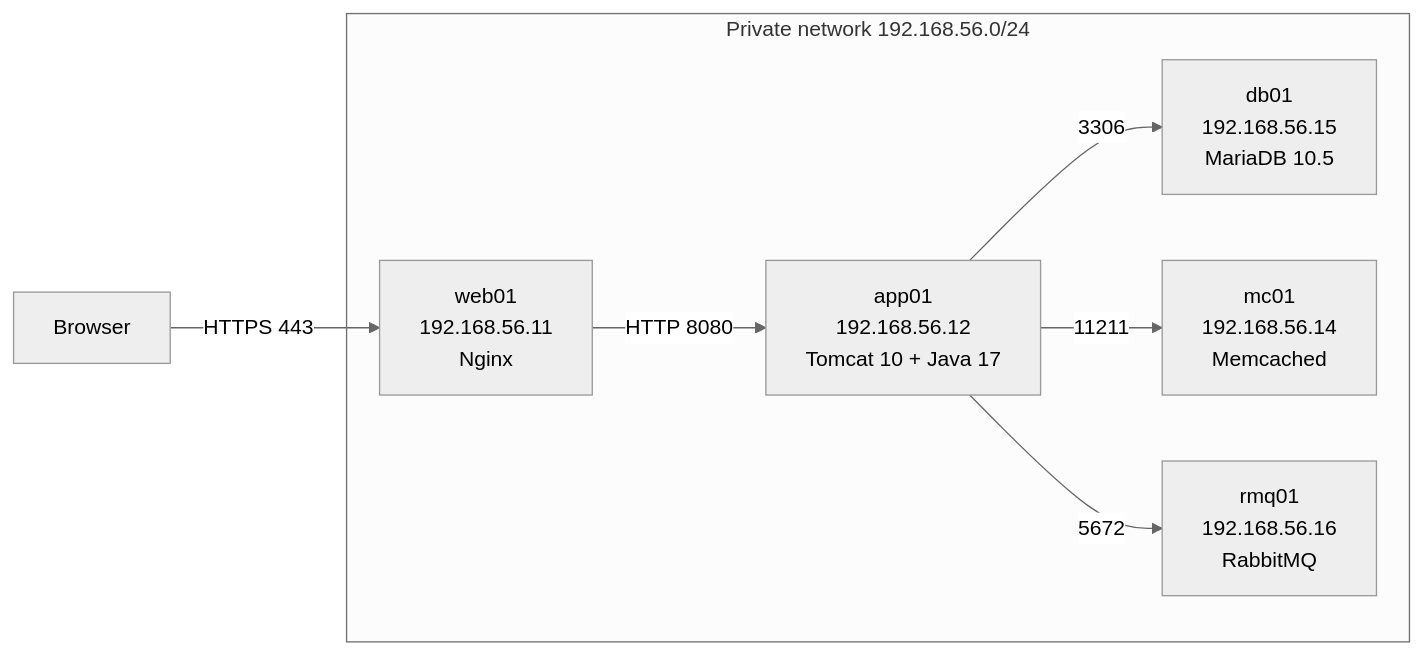
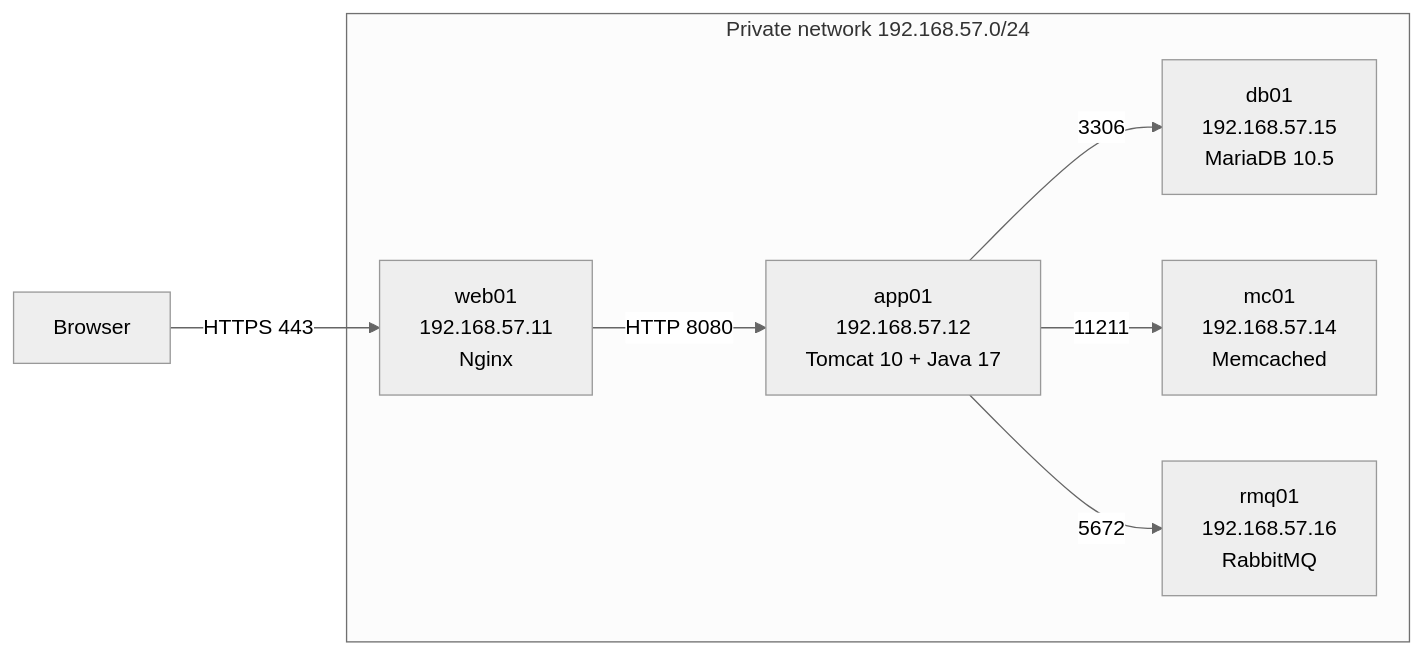
The diagram in README.md (alexiglesias/infralab-localdevstack), drawn with Mermaid (neutral theme) before and after one commit. The commit also changed other lines of this file and 15 other files, not shown here.

````diff
--- a/README.md
+++ b/README.md
@@ -39,17 +39,17 @@
 ```mermaid
 flowchart LR
-    User[Browser] -->|HTTPS 443| WEB[web01<br/>192.168.56.11<br/>Nginx]
-    WEB -->|HTTP 8080| APP[app01<br/>192.168.56.12<br/>Tomcat 10 + Java 17]
+    User[Browser] -->|HTTPS 443| WEB[web01<br/>192.168.57.11<br/>Nginx]
+    WEB -->|HTTP 8080| APP[app01<br/>192.168.57.12<br/>Tomcat 10 + Java 17]
 
-    APP -->|3306| DB[db01<br/>192.168.56.15<br/>MariaDB 10.5]
-    APP -->|11211| MC[mc01<br/>192.168.56.14<br/>Memcached]
-    APP -->|5672| RMQ[rmq01<br/>192.168.56.16<br/>RabbitMQ]
+    APP -->|3306| DB[db01<br/>192.168.57.15<br/>MariaDB 10.5]
+    APP -->|11211| MC[mc01<br/>192.168.57.14<br/>Memcached]
+    APP -->|5672| RMQ[rmq01<br/>192.168.57.16<br/>RabbitMQ]
 
-    subgraph Private network 192.168.56.0/24
+    subgraph Private network 192.168.57.0/24
         WEB
         APP
         DB
         MC
         RMQ
     end
 ```
````
